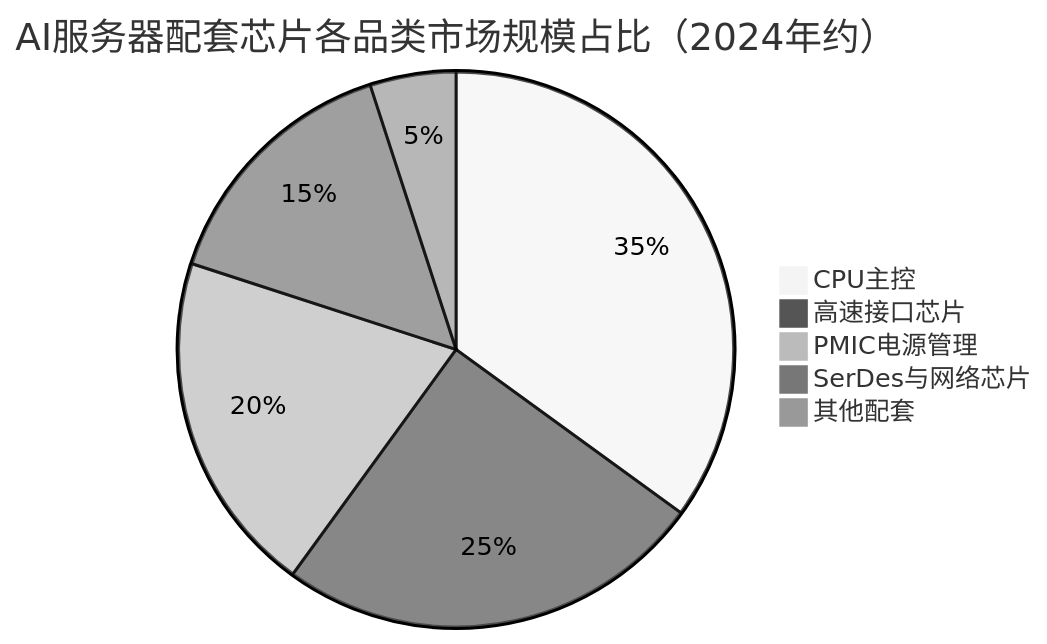
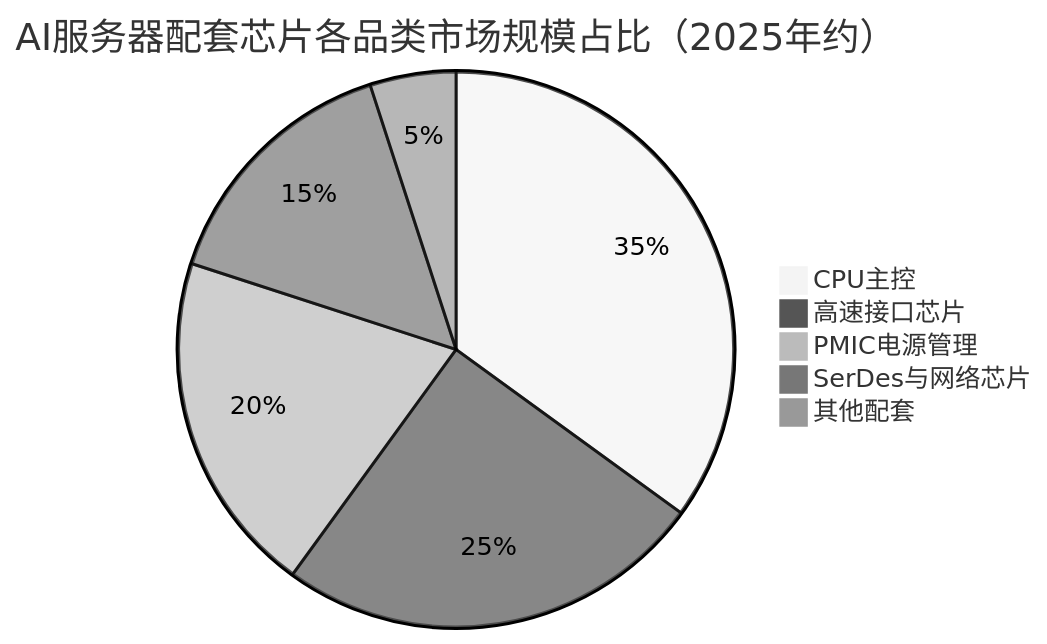
Before and after one commit to blueprint1453/industry-insight: the third of 3 diagrams in AI产业链/中游/芯片设计/配套芯片.md, drawn with Mermaid (neutral theme). The commit also changed other lines of this file and 78 other files, not shown here.

````diff
--- a/AI产业链/中游/芯片设计/配套芯片.md
+++ b/AI产业链/中游/芯片设计/配套芯片.md
@@ -97,8 +97,8 @@
 ```mermaid
-pie title AI服务器配套芯片各品类市场规模占比（2024年约）
+pie title AI服务器配套芯片各品类市场规模占比（2025年约）
     "CPU主控" : 35
     "高速接口芯片" : 25
     "PMIC电源管理" : 20
     "SerDes与网络芯片" : 15
     "其他配套" : 5
 ```
````
